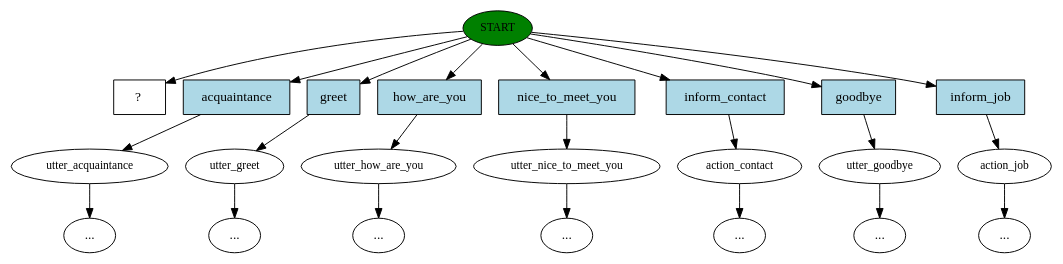
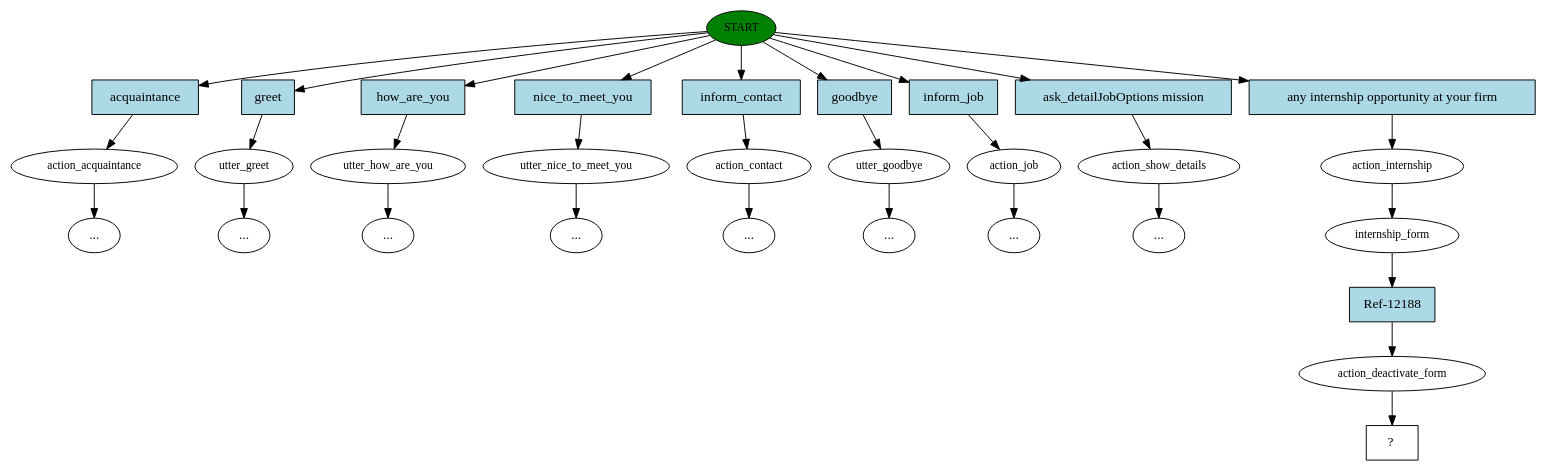
Before and after one commit to karimBg/job_bot: the diagram in story_graph.dot, drawn with Graphviz. The commit also changed 17 other files, not shown here.

```diff
--- a/story_graph.dot
+++ b/story_graph.dot
@@ -1,47 +1,63 @@
 digraph  {
 0 [class="start active", fillcolor=green, fontsize=12, label=START, style=filled];
-1 [class="", fontsize=12, label=utter_acquaintance];
+1 [class="", fontsize=12, label=action_acquaintance];
 "-3" [class=ellipsis, label="..."];
 2 [class="", fontsize=12, label=utter_greet];
 "-4" [class=ellipsis, label="..."];
 3 [class="", fontsize=12, label=utter_how_are_you];
 "-5" [class=ellipsis, label="..."];
 4 [class="", fontsize=12, label=utter_nice_to_meet_you];
 "-6" [class=ellipsis, label="..."];
 5 [class="", fontsize=12, label=action_contact];
 "-7" [class=ellipsis, label="..."];
 6 [class="", fontsize=12, label=utter_goodbye];
 "-8" [class=ellipsis, label="..."];
 7 [class="", fontsize=12, label=action_job];
 "-9" [class=ellipsis, label="..."];
-8 [class="intent dashed active", label="  ?  ", shape=rect];
-9 [class=intent, fillcolor=lightblue, label=acquaintance, shape=rect, style=filled];
-10 [class=intent, fillcolor=lightblue, label=greet, shape=rect, style=filled];
-11 [class=intent, fillcolor=lightblue, label=how_are_you, shape=rect, style=filled];
-12 [class=intent, fillcolor=lightblue, label=nice_to_meet_you, shape=rect, style=filled];
-13 [class=intent, fillcolor=lightblue, label=inform_contact, shape=rect, style=filled];
-14 [class=intent, fillcolor=lightblue, label=goodbye, shape=rect, style=filled];
-15 [class=intent, fillcolor=lightblue, label=inform_job, shape=rect, style=filled];
-0 -> 8  [class=active, key=NONE, label=""];
-0 -> 9  [class="", key=0];
-0 -> 10  [class="", key=0];
-0 -> 11  [class="", key=0];
-0 -> 12  [class="", key=0];
+8 [class="", fontsize=12, label=action_show_details];
+"-10" [class=ellipsis, label="..."];
+9 [class=active, fontsize=12, label=action_internship];
+10 [class=active, fontsize=12, label=internship_form];
+11 [class=active, fontsize=12, label=action_deactivate_form];
+12 [class="intent dashed active", label="  ?  ", shape=rect];
+13 [class=intent, fillcolor=lightblue, label=acquaintance, shape=rect, style=filled];
+14 [class=intent, fillcolor=lightblue, label=greet, shape=rect, style=filled];
+15 [class=intent, fillcolor=lightblue, label=how_are_you, shape=rect, style=filled];
+16 [class=intent, fillcolor=lightblue, label=nice_to_meet_you, shape=rect, style=filled];
+17 [class=intent, fillcolor=lightblue, label=inform_contact, shape=rect, style=filled];
+18 [class=intent, fillcolor=lightblue, label=goodbye, shape=rect, style=filled];
+19 [class=intent, fillcolor=lightblue, label=inform_job, shape=rect, style=filled];
+20 [class=intent, fillcolor=lightblue, label="ask_detailJobOptions mission", shape=rect, style=filled];
+21 [class="intent active", fillcolor=lightblue, label="any internship opportunity at your firm", shape=rect, style=filled];
+22 [class="intent active", fillcolor=lightblue, label="Ref-12188", shape=rect, style=filled];
 0 -> 13  [class="", key=0];
 0 -> 14  [class="", key=0];
 0 -> 15  [class="", key=0];
+0 -> 16  [class="", key=0];
+0 -> 17  [class="", key=0];
+0 -> 18  [class="", key=0];
+0 -> 19  [class="", key=0];
+0 -> 20  [class="", key=0];
+0 -> 21  [class=active, key=0];
 1 -> "-3"  [class="", key=NONE, label=""];
 2 -> "-4"  [class="", key=NONE, label=""];
 3 -> "-5"  [class="", key=NONE, label=""];
 4 -> "-6"  [class="", key=NONE, label=""];
 5 -> "-7"  [class="", key=NONE, label=""];
 6 -> "-8"  [class="", key=NONE, label=""];
 7 -> "-9"  [class="", key=NONE, label=""];
-9 -> 1  [class="", key=0];
-10 -> 2  [class="", key=0];
-11 -> 3  [class="", key=0];
-12 -> 4  [class="", key=0];
-13 -> 5  [class="", key=0];
-14 -> 6  [class="", key=0];
-15 -> 7  [class="", key=0];
+8 -> "-10"  [class="", key=NONE, label=""];
+9 -> 10  [class=active, key=NONE, label=""];
+10 -> 22  [class=active, key=0];
+11 -> 12  [class=active, key=NONE, label=""];
+13 -> 1  [class="", key=0];
+14 -> 2  [class="", key=0];
+15 -> 3  [class="", key=0];
+16 -> 4  [class="", key=0];
+17 -> 5  [class="", key=0];
+18 -> 6  [class="", key=0];
+19 -> 7  [class="", key=0];
+20 -> 8  [class="", key=0];
+21 -> 9  [class=active, key=0];
+22 -> 11  [class=active, key=0];
 }
```
